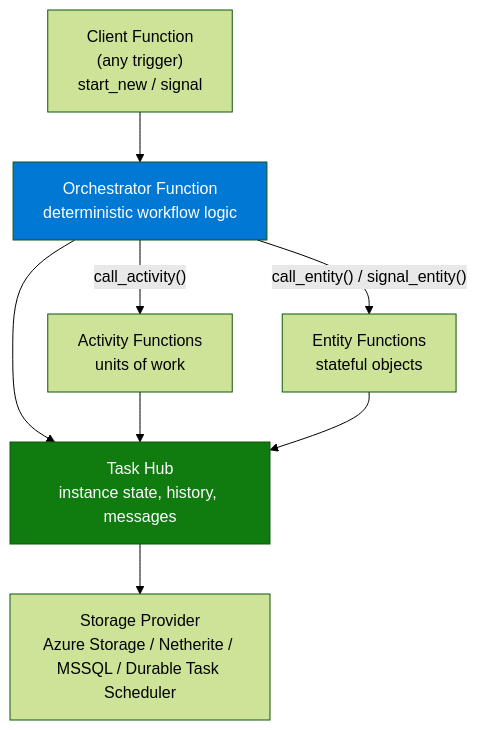
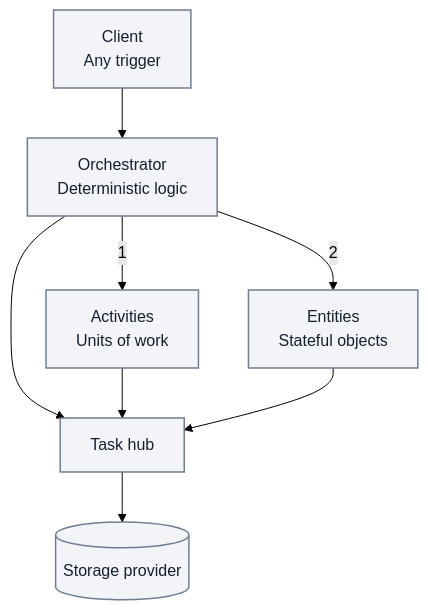
Before and after one commit to yeongseon/azure-functions-practical-guide: the first of 6 diagrams in docs/platform/durable-functions.md, drawn with Mermaid (forest theme). The commit also changed other lines of this file and 1 other file, not shown here.

First line of the commit message:
docs(diagrams): migrate Functions Durable Functions — durable functions (#422)

````diff
--- a/docs/platform/durable-functions.md
+++ b/docs/platform/durable-functions.md
@@ -98,12 +104,14 @@
 ```mermaid
 flowchart TD
-    CLIENT["Client Function\n(any trigger)\nstart_new / signal"] --> ORC["Orchestrator Function\ndeterministic workflow logic"]
-    ORC -->|"call_activity()"| ACT["Activity Functions\nunits of work"]
-    ORC -->|"call_entity() / signal_entity()"| ENT["Entity Functions\nstateful objects"]
-    ORC --> HUB["Task Hub\ninstance state, history, messages"]
+    accTitle: Durable Functions roles and persistence
+    accDescr: Logical client, orchestrator, activity and entity roles share task-hub persistence through a storage provider. Arrows summarize coordination and runtime-managed state, not direct application checkpoint writes or network hops.
+    CLIENT["Client<br/>Any trigger"] --> ORC["Orchestrator<br/>Deterministic logic"]
+    ORC -->|"1"| ACT["Activities<br/>Units of work"]
+    ORC -->|"2"| ENT["Entities<br/>Stateful objects"]
+    ORC --> HUB["Task hub"]
     ACT --> HUB
     ENT --> HUB
-    HUB --> STORE["Storage Provider\nAzure Storage / Netherite / MSSQL / Durable Task Scheduler"]
-    style ORC fill:#0078d4,color:#fff
-    style HUB fill:#107c10,color:#fff
+    HUB --> STORE[("Storage provider")]
+    classDef baseNeutral fill:#f2f4f8,stroke:#707e93,stroke-width:1.5px,color:#14202e;
+    class CLIENT,ORC,ACT,ENT,HUB,STORE baseNeutral;
 ```
````
